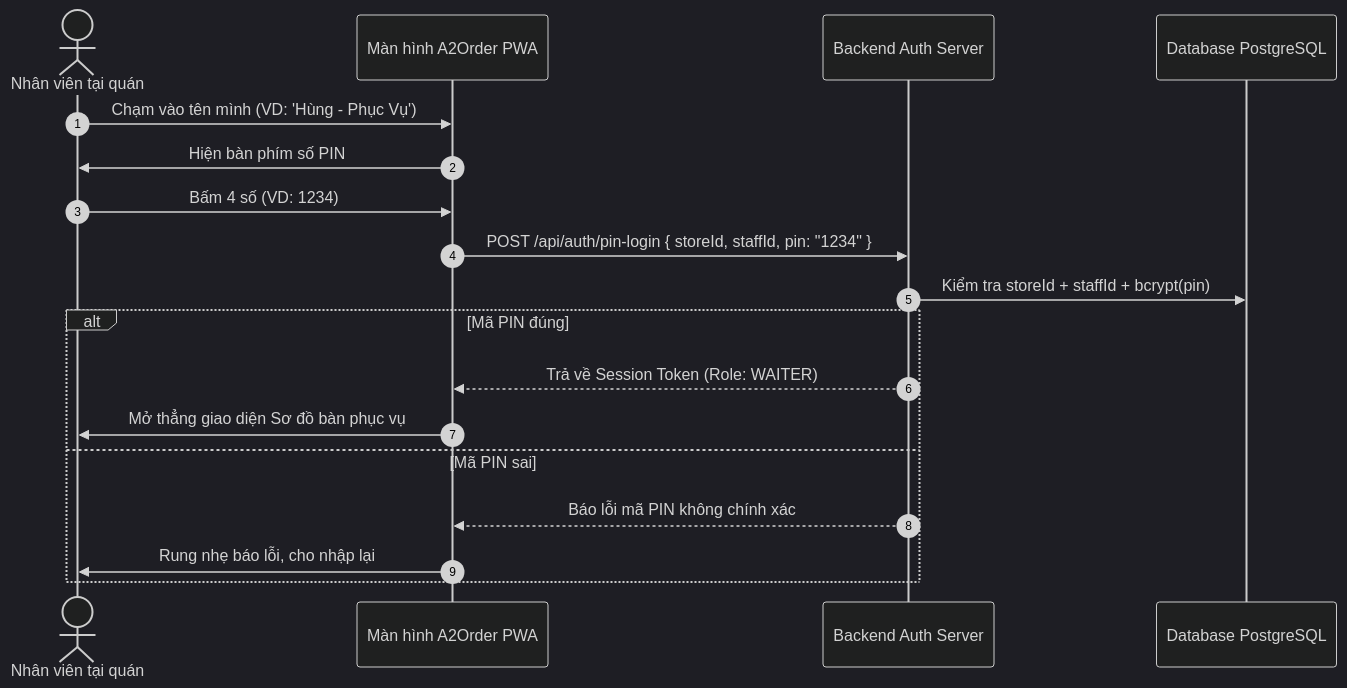
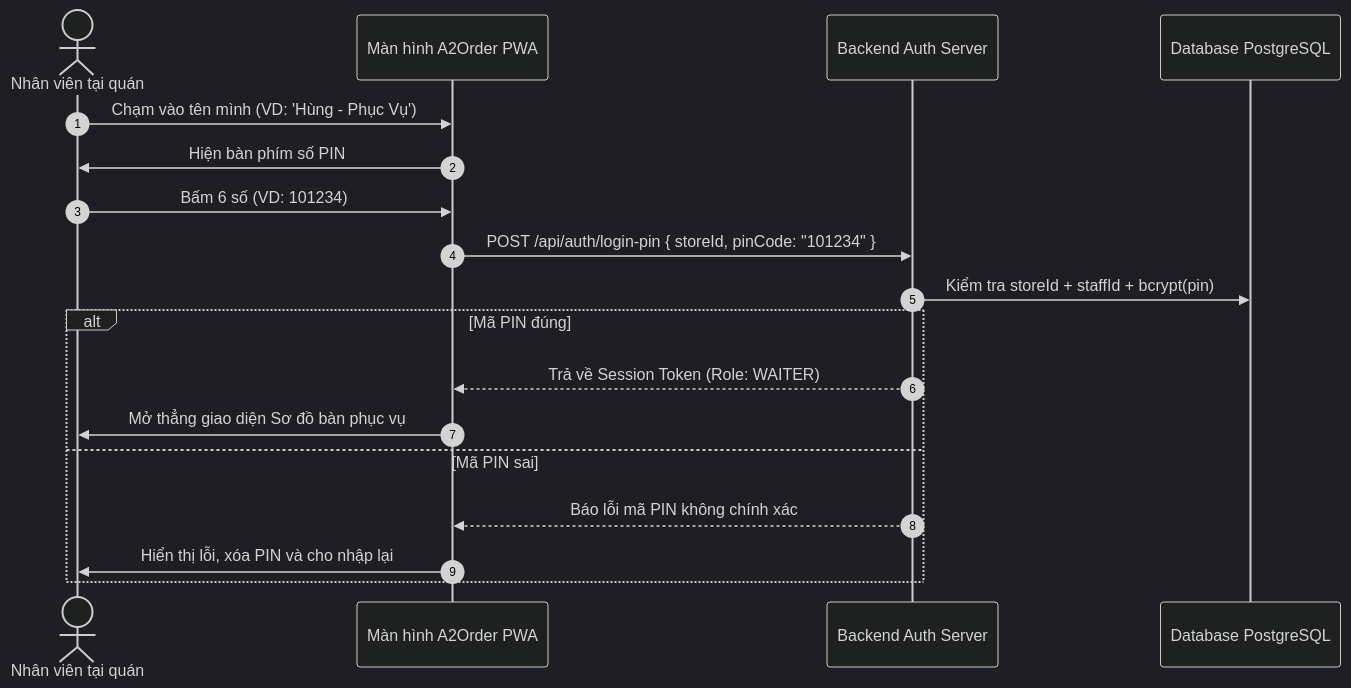
The diagram in docs/02-features/F01-auth-and-tenancy/SPEC.md (anv1804/A2Order), drawn with Mermaid (dark theme) before and after one commit. The commit also changed other lines of this file and 78 other files, not shown here.

````diff
--- a/docs/02-features/F01-auth-and-tenancy/SPEC.md
+++ b/docs/02-features/F01-auth-and-tenancy/SPEC.md
@@ -29,21 +29,21 @@
 ```mermaid
 sequenceDiagram
     autonumber
     actor NV as Nhân viên tại quán
     participant APP as Màn hình A2Order PWA
     participant API as Backend Auth Server
     participant DB as Database PostgreSQL
 
     NV->>APP: Chạm vào tên mình (VD: 'Hùng - Phục Vụ')
     APP->>NV: Hiện bàn phím số PIN
-    NV->>APP: Bấm 4 số (VD: 1234)
-    APP->>API: POST /api/auth/pin-login { storeId, staffId, pin: "1234" }
+    NV->>APP: Bấm 6 số (VD: 101234)
+    APP->>API: POST /api/auth/login-pin { storeId, pinCode: "101234" }
     API->>DB: Kiểm tra storeId + staffId + bcrypt(pin)
     alt Mã PIN đúng
         API-->>APP: Trả về Session Token (Role: WAITER)
         APP->>NV: Mở thẳng giao diện Sơ đồ bàn phục vụ
     else Mã PIN sai
         API-->>APP: Báo lỗi mã PIN không chính xác
-        APP->>NV: Rung nhẹ báo lỗi, cho nhập lại
+        APP->>NV: Hiển thị lỗi, xóa PIN và cho nhập lại
     end
 ```
````
